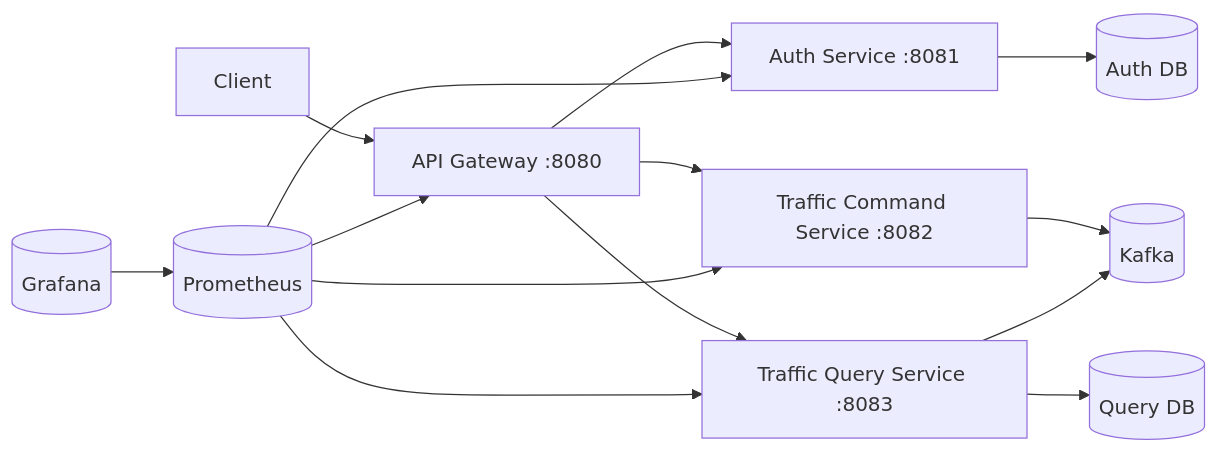
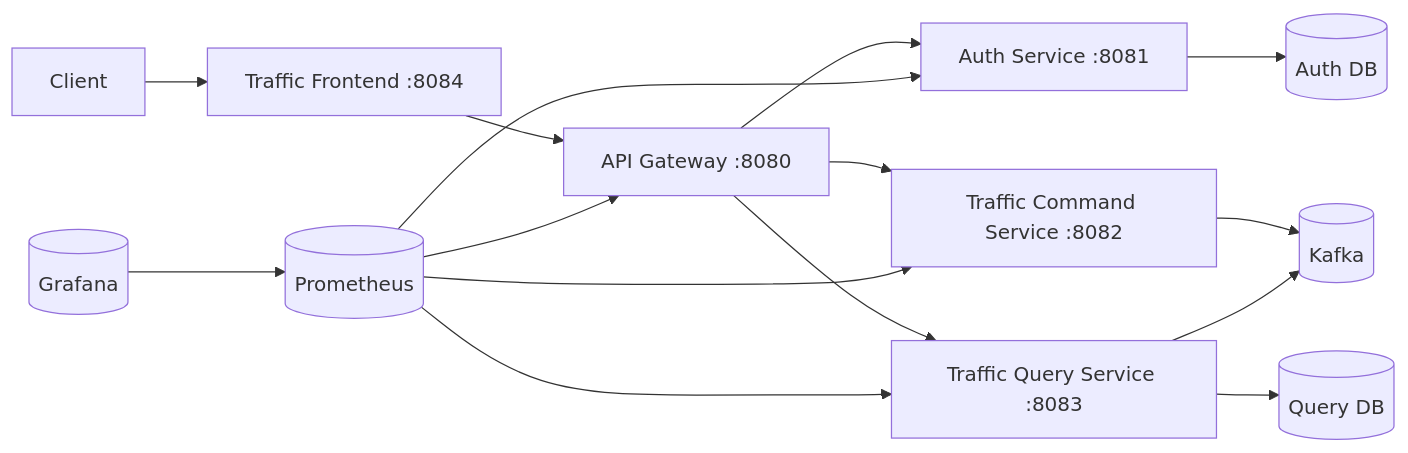
One commit to devbattery/infinity-traffic-prototype changed the diagram in docs/IMPLEMENTATION_A_TO_Z.md. Above: the diagram before and after it, drawn with Mermaid. The commit also changed other lines of this file and 2 other files, not shown here.

Commit message:
docs: document frontend architecture and operation flow

````diff
--- a/docs/IMPLEMENTATION_A_TO_Z.md
+++ b/docs/IMPLEMENTATION_A_TO_Z.md
@@ -7,29 +7,31 @@
 ```mermaid
 flowchart LR
     C[Client]
+    U[Traffic Frontend :8084]
     G[API Gateway :8080]
     A[Auth Service :8081]
     W[Traffic Command Service :8082]
     R[Traffic Query Service :8083]
     K[(Kafka)]
     D1[(Auth DB)]
     D2[(Query DB)]
     P[(Prometheus)]
     F[(Grafana)]
 
-    C --> G
+    C --> U
+    U --> G
     G --> A
     G --> W
     G --> R
 
     A --> D1
     W --> K
     R --> K
     R --> D2
 
     P --> G
     P --> A
     P --> W
     P --> R
     F --> P
 ```
````
